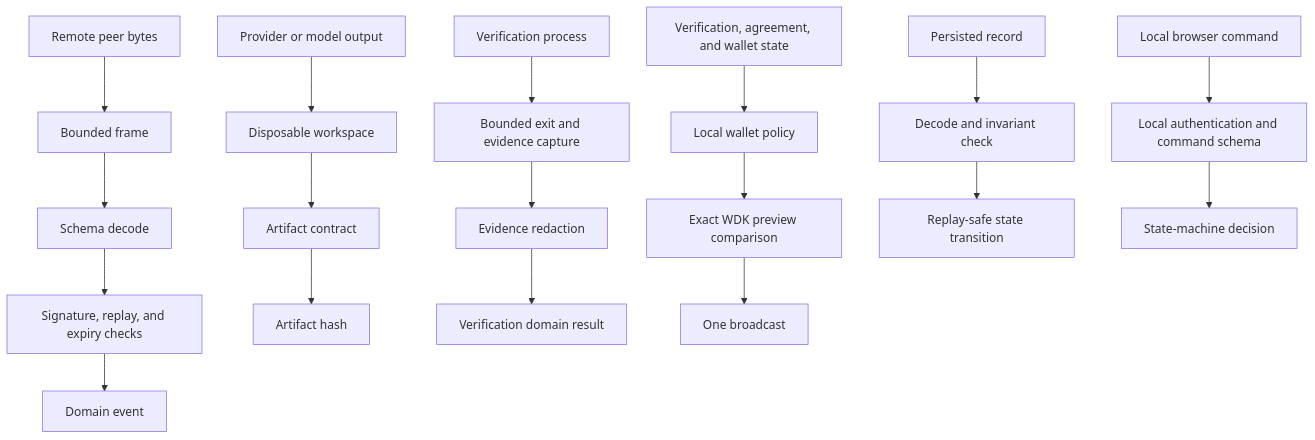
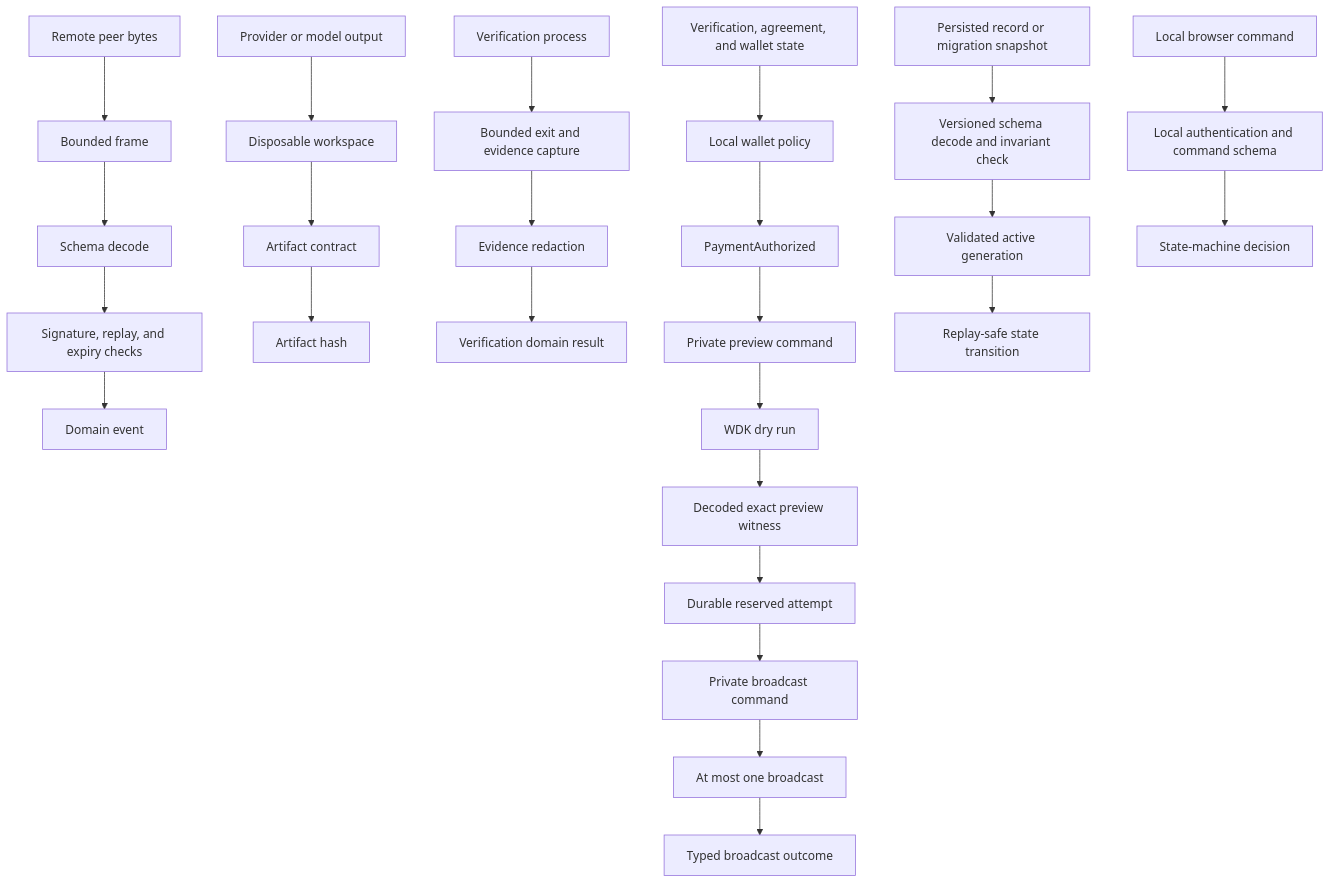
One commit to 0xgleb/agentopoly changed the third of 4 diagrams in docs/architecture.md. Above: the diagram before and after it, drawn with Mermaid. The commit also changed other lines of this file and 8 other files, not shown here.

````diff
--- a/docs/architecture.md
+++ b/docs/architecture.md
@@ -103,9 +117,9 @@
 ```mermaid
 flowchart TB
   PeerBytes["Remote peer bytes"] --> Frame["Bounded frame"] --> Decode["Schema decode"] --> PeerChecks["Signature, replay, and expiry checks"] --> DomainEvent["Domain event"]
   ProviderOutput["Provider or model output"] --> Workspace["Disposable workspace"] --> ArtifactContract["Artifact contract"] --> ArtifactHash["Artifact hash"]
   VerificationProcess["Verification process"] --> Capture["Bounded exit and evidence capture"] --> Redaction["Evidence redaction"] --> VerificationResult["Verification domain result"]
-  PaymentFacts["Verification, agreement, and wallet state"] --> WalletPolicy["Local wallet policy"] --> Preview["Exact WDK preview comparison"] --> Broadcast["One broadcast"]
-  PersistedRecord["Persisted record"] --> PersistedDecode["Decode and invariant check"] --> ReplaySafe["Replay-safe state transition"]
+  PaymentFacts["Verification, agreement, and wallet state"] --> WalletPolicy["Local wallet policy"] --> PaymentAuthorization["PaymentAuthorized"] --> PrivatePreview["Private preview command"] --> WDKPreview["WDK dry run"] --> PreviewWitness["Decoded exact preview witness"] --> DurableReservation["Durable reserved attempt"] --> PrivateBroadcast["Private broadcast command"] --> WDKBroadcast["At most one broadcast"] --> BroadcastOutcome["Typed broadcast outcome"]
+  PersistedState["Persisted record or migration snapshot"] --> PersistedDecode["Versioned schema decode and invariant check"] --> ActiveGeneration["Validated active generation"] --> ReplaySafe["Replay-safe state transition"]
   UICommand["Local browser command"] --> LocalAuth["Local authentication and command schema"] --> Decision["State-machine decision"]
 ```
````
